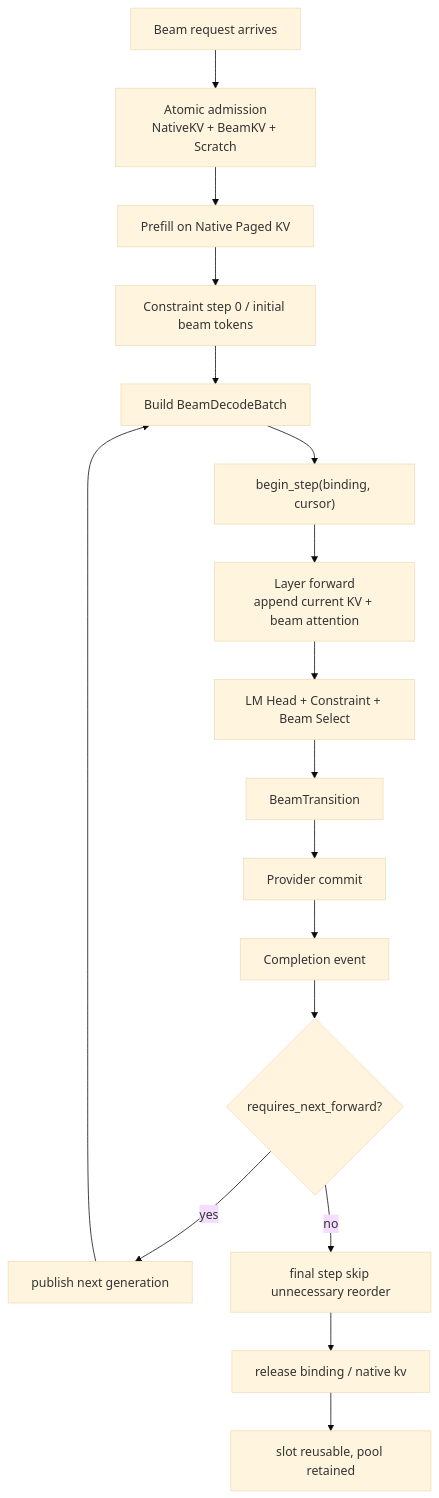
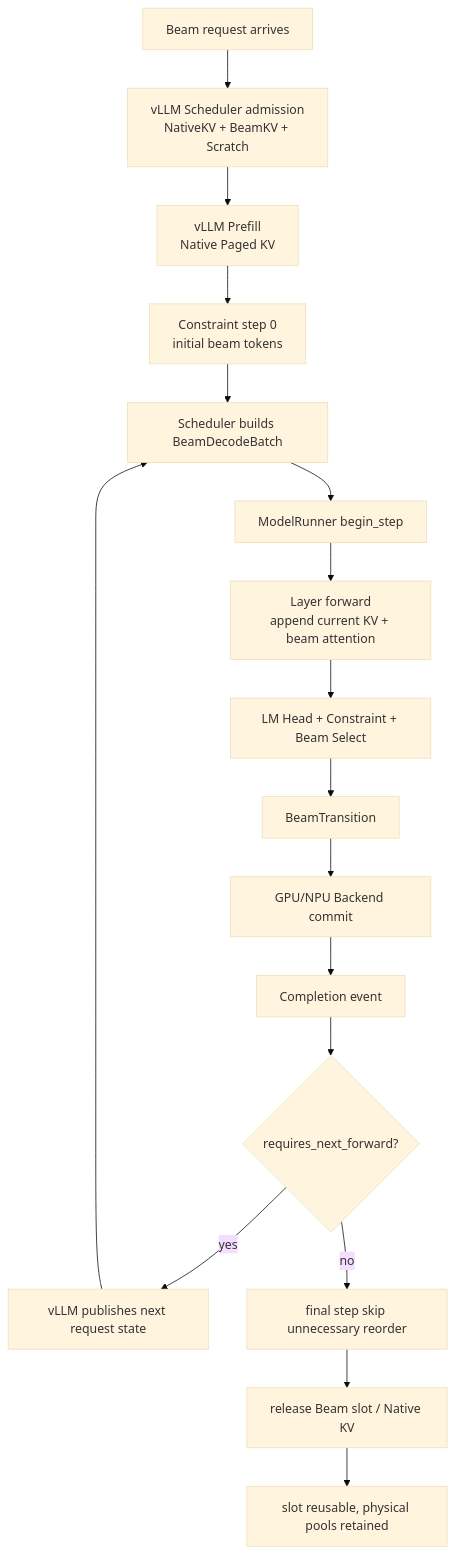
The seventh of 13 diagrams in GR/beam_incremental_decode_unified_architecture_design.md (zhanghanleo10/gr-related), drawn with Mermaid (base theme) before and after one commit. The commit also changed other lines of this file, not shown here.

Commit message:
docs: make Beam incremental decode architecture vLLM-first

````diff
--- a/GR/beam_incremental_decode_unified_architecture_design.md
+++ b/GR/beam_incremental_decode_unified_architecture_design.md
@@ -827,23 +528,23 @@
 ```mermaid
 flowchart TB
     A["Beam request arrives"]
-    B["Atomic admission<br/>NativeKV + BeamKV + Scratch"]
-    C["Prefill on Native Paged KV"]
-    D["Constraint step 0 / initial beam tokens"]
-    E["Build BeamDecodeBatch"]
-    F["begin_step(binding, cursor)"]
+    B["vLLM Scheduler admission<br/>NativeKV + BeamKV + Scratch"]
+    C["vLLM Prefill<br/>Native Paged KV"]
+    D["Constraint step 0<br/>initial beam tokens"]
+    E["Scheduler builds BeamDecodeBatch"]
+    F["ModelRunner begin_step"]
     G["Layer forward<br/>append current KV + beam attention"]
     H["LM Head + Constraint + Beam Select"]
     I["BeamTransition"]
-    J["Provider commit"]
+    J["GPU/NPU Backend commit"]
     K["Completion event"]
     L{"requires_next_forward?"}
-    M["publish next generation"]
+    M["vLLM publishes next request state"]
     N["final step skip unnecessary reorder"]
-    O["release binding / native kv"]
-    P["slot reusable, pool retained"]
+    O["release Beam slot / Native KV"]
+    P["slot reusable, physical pools retained"]
 
     A --> B --> C --> D --> E --> F --> G --> H --> I --> J --> K --> L
     L -->|yes| M --> E
     L -->|no| N --> O --> P
 ```
````
